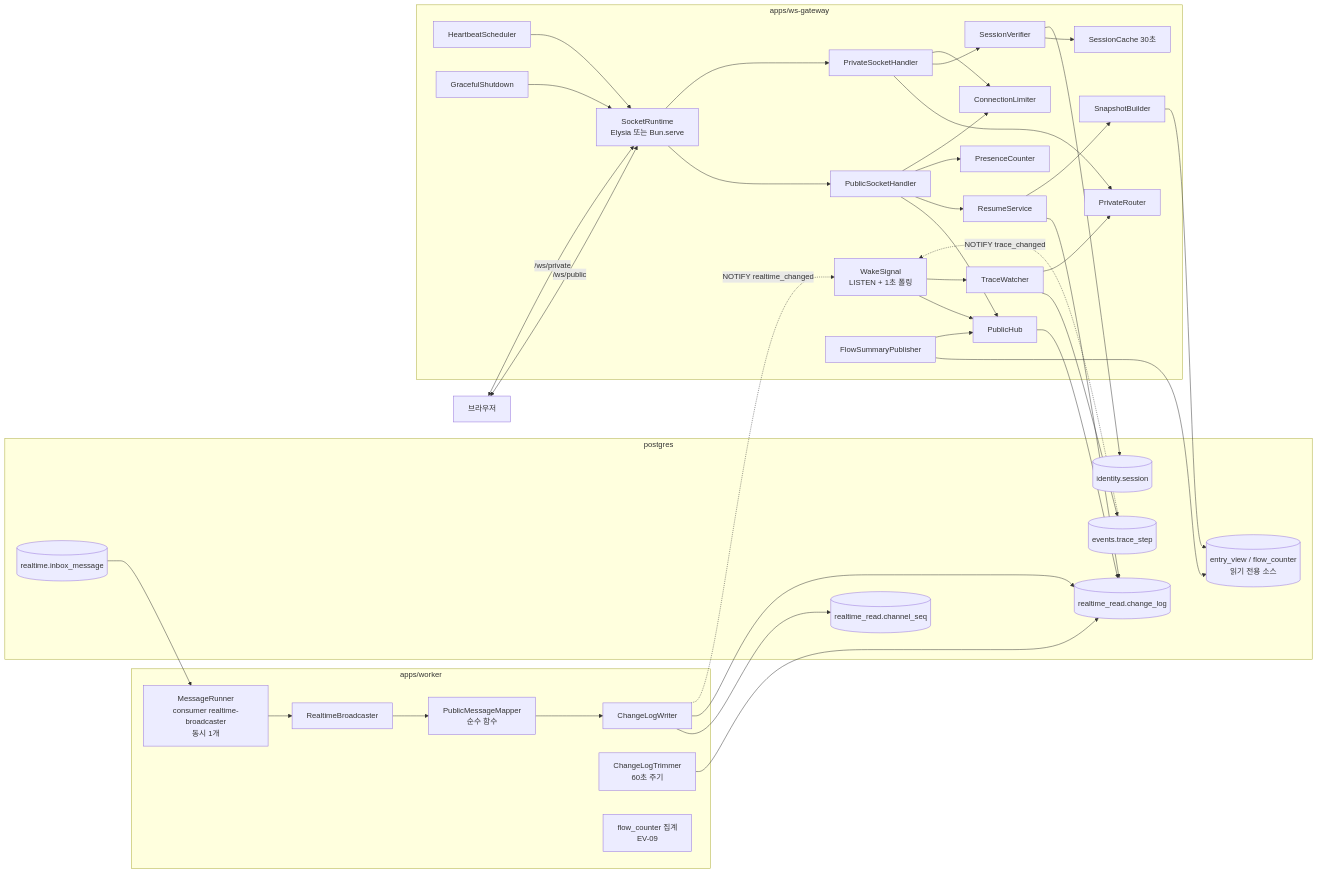
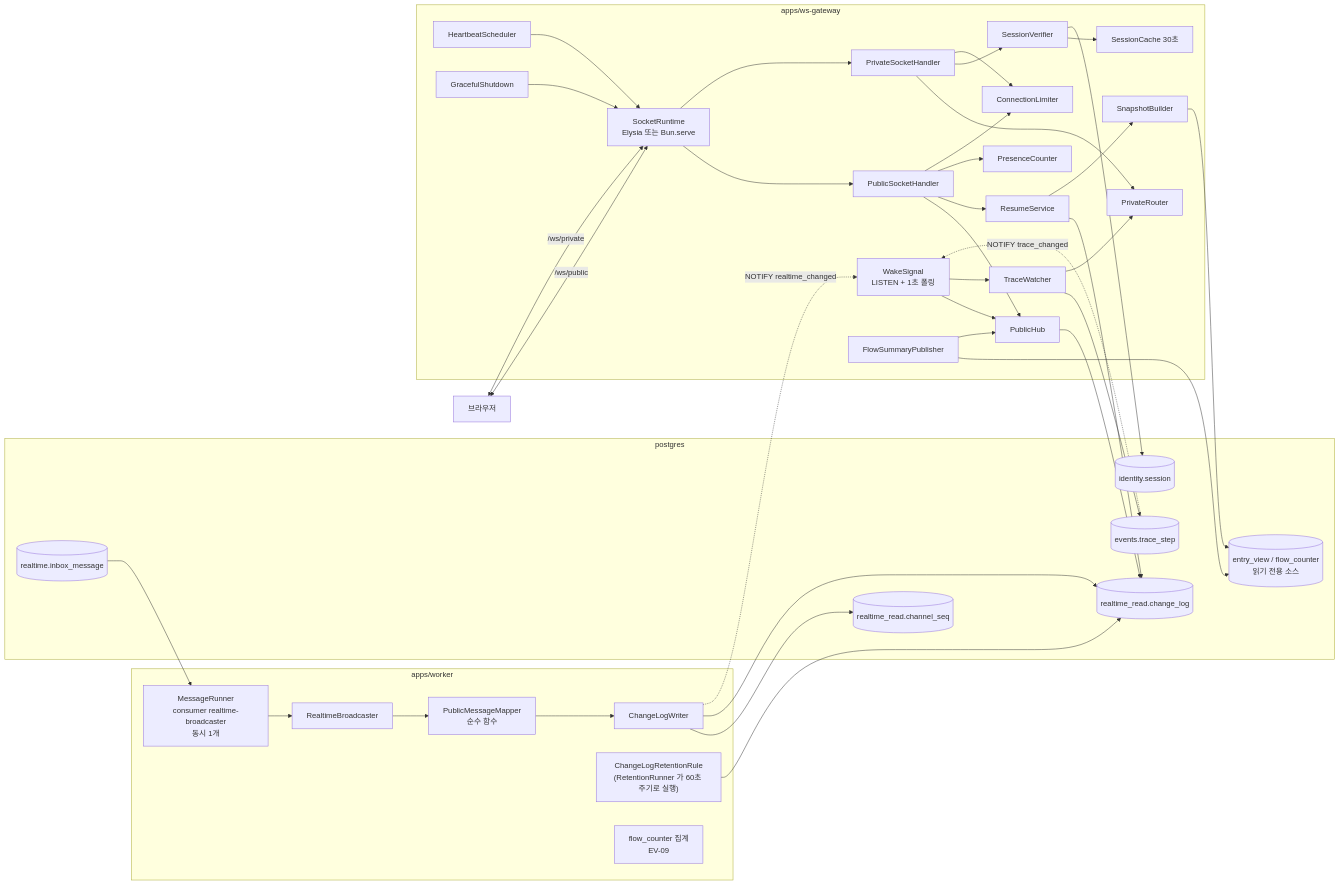
Before and after one commit to 1985jwlee/portpolio_backend: the first of 53 diagrams in docs/design/features/14-realtime.md, drawn with Mermaid. The commit also changed other lines of this file and 33 other files, not shown here.

````diff
--- a/docs/design/features/14-realtime.md
+++ b/docs/design/features/14-realtime.md
@@ -28,64 +28,64 @@
 ```mermaid
 flowchart LR
     subgraph wrk["apps/worker"]
         RUN["MessageRunner<br/>consumer realtime-broadcaster<br/>동시 1개"]
         BC["RealtimeBroadcaster"]
         MAP["PublicMessageMapper<br/>순수 함수"]
         CLW["ChangeLogWriter"]
-        TRM["ChangeLogTrimmer<br/>60초 주기"]
+        TRM["ChangeLogRetentionRule<br/>(RetentionRunner 가 60초 주기로 실행)"]
         FSP["flow_counter 집계<br/>EV-09"]
     end
     subgraph pg["postgres"]
         INB[("realtime.inbox_message")]
         SEQ[("realtime_read.channel_seq")]
         CL[("realtime_read.change_log")]
         EV[("entry_view / flow_counter<br/>읽기 전용 소스")]
         TS[("events.trace_step")]
         SES[("identity.session")]
     end
     subgraph gw["apps/ws-gateway"]
         RT["SocketRuntime<br/>Elysia 또는 Bun.serve"]
         PUB["PublicSocketHandler"]
         PRV["PrivateSocketHandler"]
         HUB["PublicHub"]
         PR["PrivateRouter"]
         TW["TraceWatcher"]
         WS["WakeSignal<br/>LISTEN + 1초 폴링"]
         RS["ResumeService"]
         SB["SnapshotBuilder"]
         SV["SessionVerifier"]
         SC["SessionCache 30초"]
         PC["PresenceCounter"]
         HB["HeartbeatScheduler"]
         FSPUB["FlowSummaryPublisher"]
         CLIM["ConnectionLimiter"]
         GS["GracefulShutdown"]
     end
     BR["브라우저"]
     INB --> RUN --> BC --> MAP --> CLW
     CLW --> SEQ
     CLW --> CL
     CLW -.->|"NOTIFY realtime_changed"| WS
     TRM --> CL
     TS -.->|"NOTIFY trace_changed"| WS
     WS --> HUB
     WS --> TW
     HUB --> CL
     TW --> TS
     TW --> PR
     BR <-->|"/ws/public"| RT
     BR <-->|"/ws/private"| RT
     RT --> PUB --> HUB
     RT --> PRV --> PR
     PUB --> RS --> CL
     RS --> SB --> EV
     PRV --> SV --> SC
     SV --> SES
     PUB --> PC
     PUB --> CLIM
     PRV --> CLIM
     HB --> RT
     FSPUB --> EV
     FSPUB --> HUB
     GS --> RT
 ```
````
